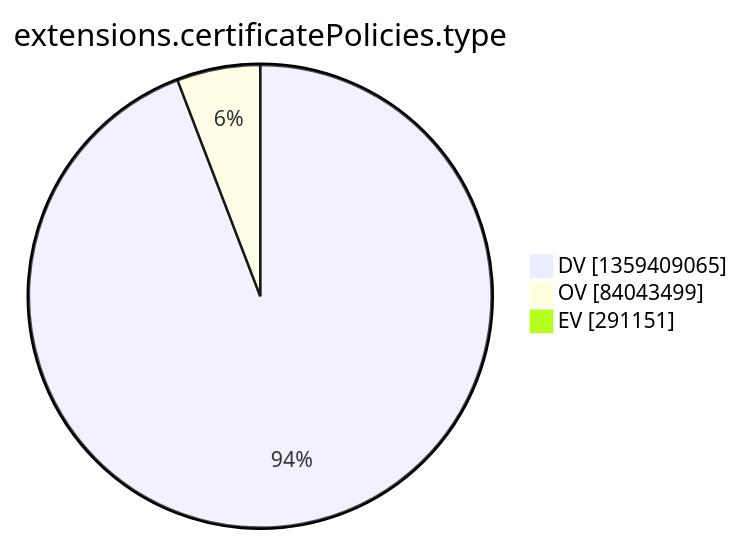
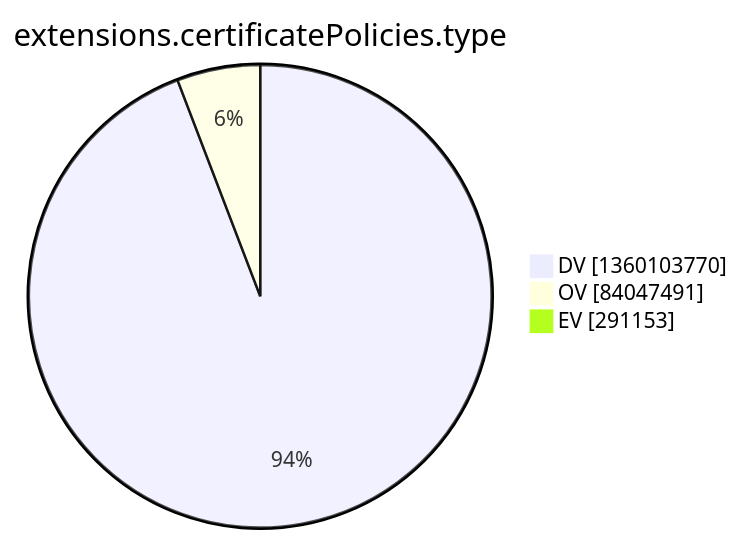
One commit to christiankrug/ctmonitor_visualization changed the tenth of 15 diagrams in argon2022/README.md. Above: the diagram before and after it, drawn with Mermaid. The commit also changed other lines of this file, not shown here.

````diff
--- a/argon2022/README.md
+++ b/argon2022/README.md
@@ -2773,7 +2773,7 @@
 ```mermaid
 pie showData
 title extensions.certificatePolicies.type
-"DV" :1359409065
-"OV" :84043499
-"EV" :291151
+"DV" :1360103770
+"OV" :84047491
+"EV" :291153
 ```
````
